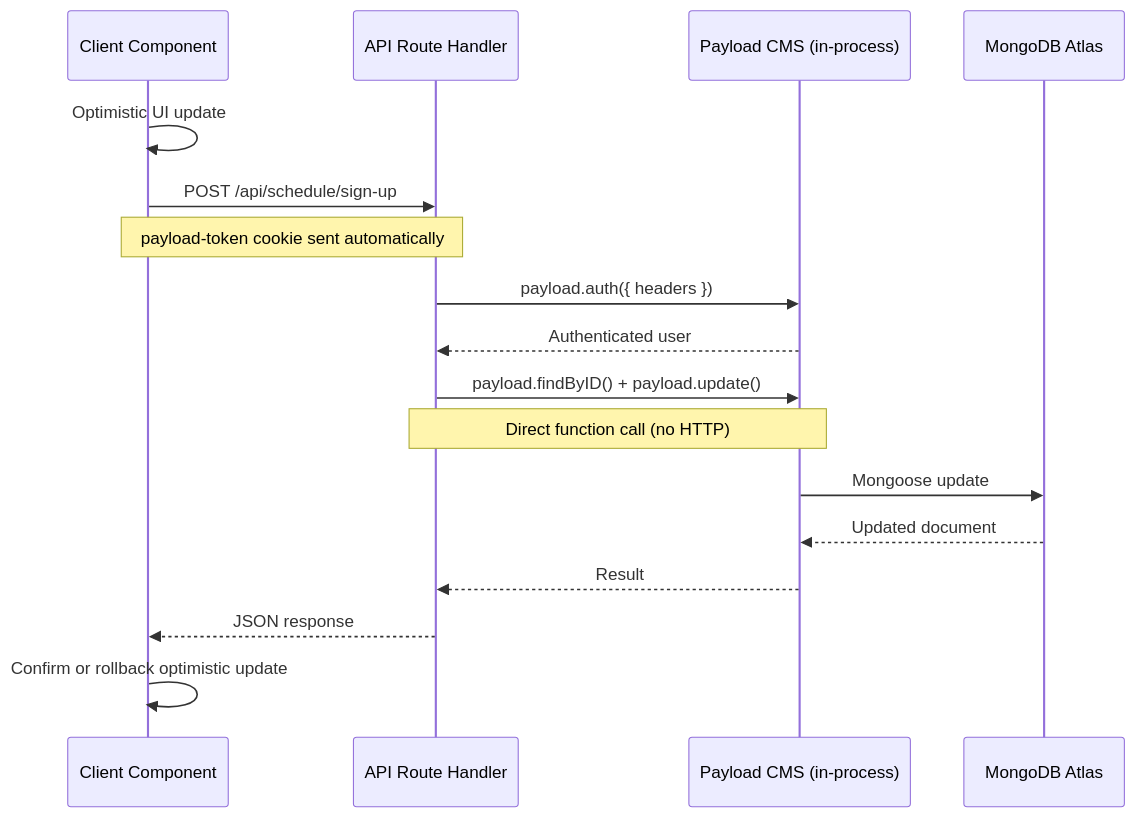
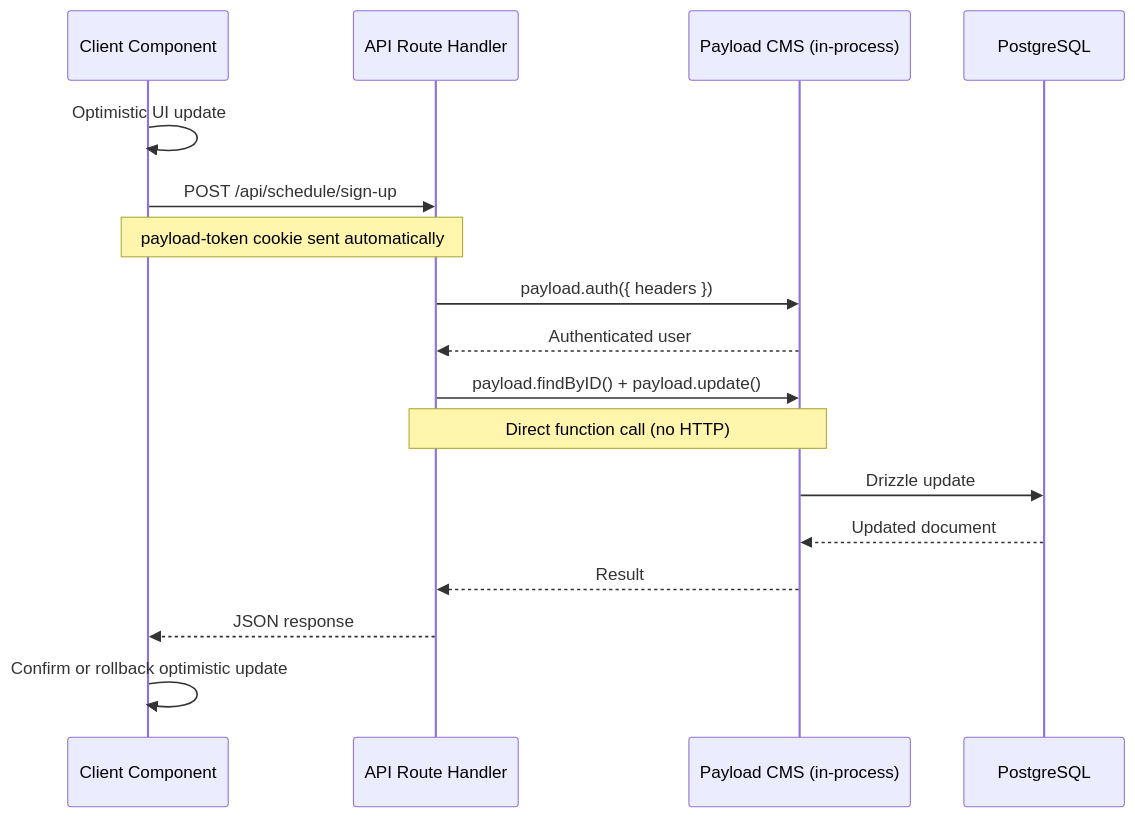
One commit to proutyio/ocfcrews-docs changed the second of 5 diagrams in docs/architecture/data-flow.md. Above: the diagram before and after it, drawn with Mermaid. The commit also changed other lines of this file and 34 other files, not shown here.

````diff
--- a/docs/architecture/data-flow.md
+++ b/docs/architecture/data-flow.md
@@ -56,20 +56,20 @@
 ```mermaid
 sequenceDiagram
     participant Client as Client Component
     participant API as API Route Handler
     participant Payload as Payload CMS (in-process)
-    participant DB as MongoDB Atlas
+    participant DB as PostgreSQL
 
     Client->>Client: Optimistic UI update
     Client->>API: POST /api/schedule/sign-up
     Note over Client,API: payload-token cookie sent automatically
     API->>Payload: payload.auth({ headers })
     Payload-->>API: Authenticated user
     API->>Payload: payload.findByID() + payload.update()
     Note over API,Payload: Direct function call (no HTTP)
-    Payload->>DB: Mongoose update
+    Payload->>DB: Drizzle update
     DB-->>Payload: Updated document
     Payload-->>API: Result
     API-->>Client: JSON response
     Client->>Client: Confirm or rollback optimistic update
 ```
````
